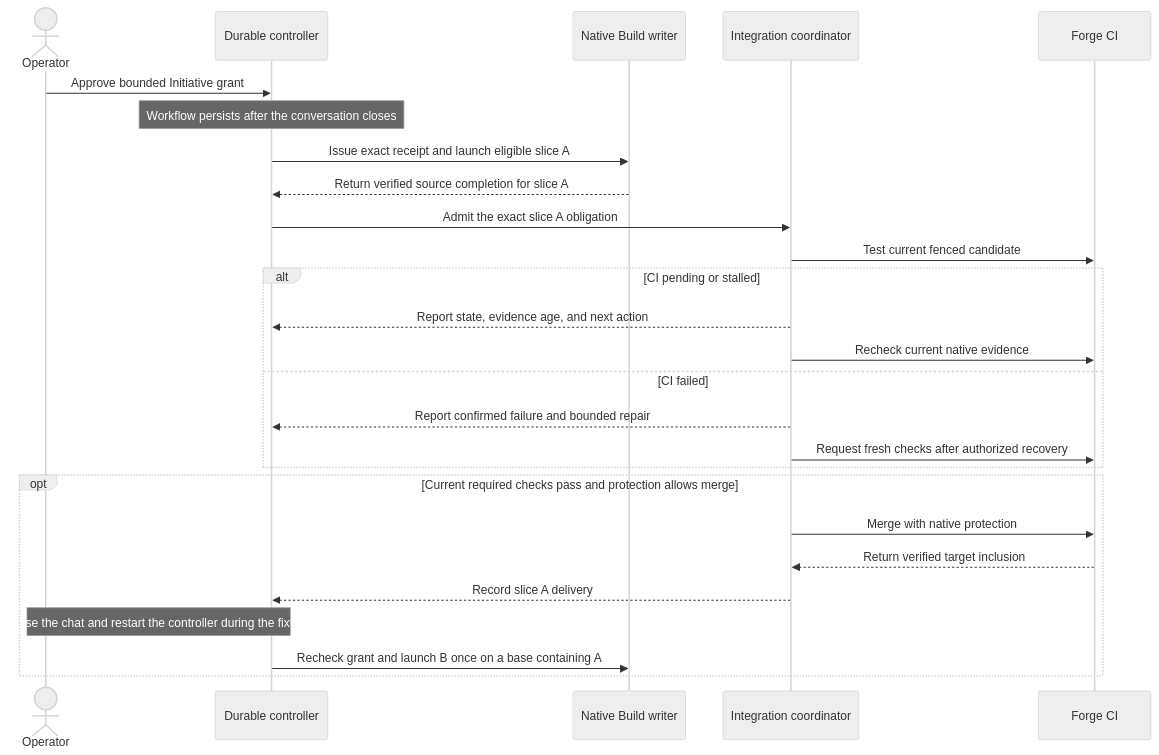
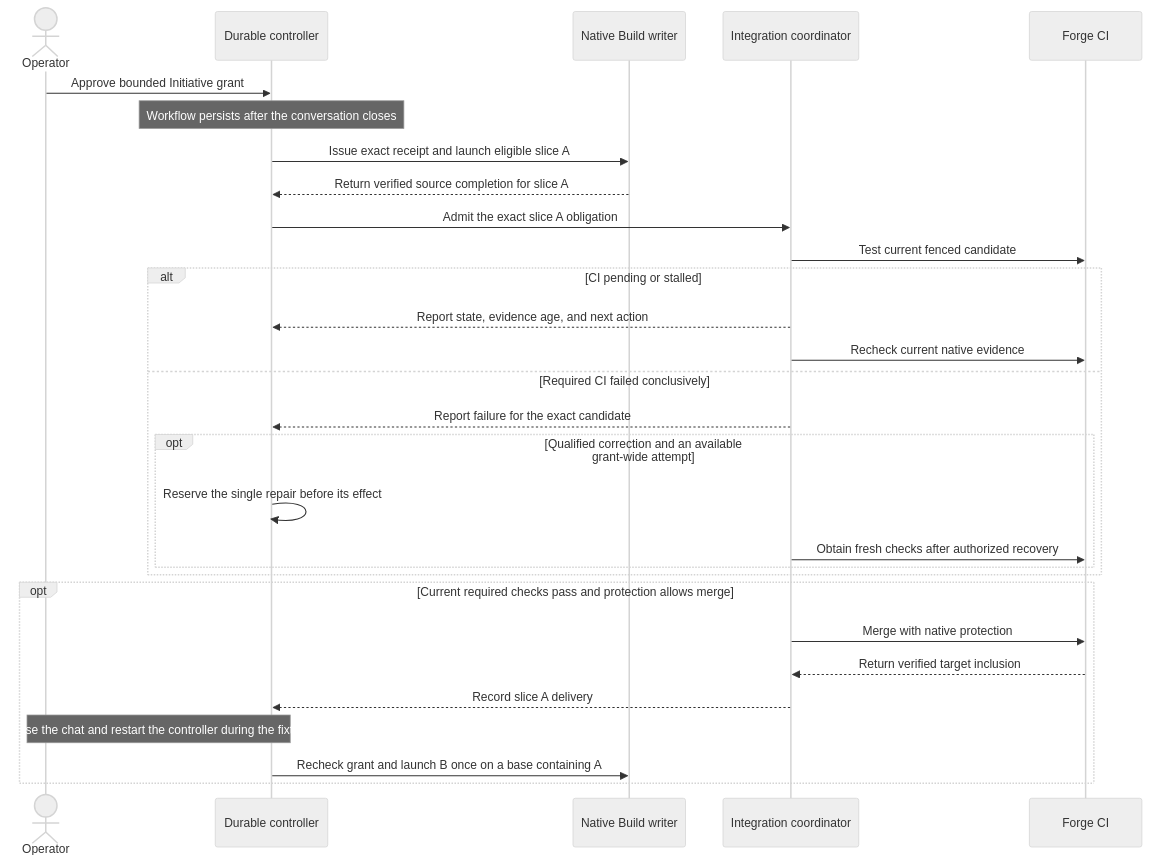
One commit to Saltiola7/dotfiles-ai changed the second of 2 diagrams in docs/initiatives/dbsctr-auto-forge-parity/INITIATIVE-AUTO.md. Above: the diagram before and after it, drawn with Mermaid (neutral theme). The commit also changed other lines of this file and 2 other files, not shown here.

````diff
--- a/docs/initiatives/dbsctr-auto-forge-parity/INITIATIVE-AUTO.md
+++ b/docs/initiatives/dbsctr-auto-forge-parity/INITIATIVE-AUTO.md
@@ -171,30 +191,33 @@
 ```mermaid
 sequenceDiagram
     accTitle: Dependency continuation across native CI
     accDescr: After one reviewed grant, the controller launches a ready slice, waits for integration receipts, reconciles recoverable CI, and launches the dependent slice after verified inclusion.
     actor O as Operator
     participant C as Durable controller
     participant W as Native Build writer
     participant I as Integration coordinator
     participant F as Forge CI
     O->>C: Approve bounded Initiative grant
     Note over C: Workflow persists after the conversation closes
     C->>W: Issue exact receipt and launch eligible slice A
     W-->>C: Return verified source completion for slice A
     C->>I: Admit the exact slice A obligation
     I->>F: Test current fenced candidate
     alt CI pending or stalled
         I-->>C: Report state, evidence age, and next action
         I->>F: Recheck current native evidence
-    else CI failed
-        I-->>C: Report confirmed failure and bounded repair
-        I->>F: Request fresh checks after authorized recovery
+    else Required CI failed conclusively
+        I-->>C: Report failure for the exact candidate
+        opt Qualified correction and an available grant-wide attempt
+            C->>C: Reserve the single repair before its effect
+            I->>F: Obtain fresh checks after authorized recovery
+        end
     end
     opt Current required checks pass and protection allows merge
         I->>F: Merge with native protection
         F-->>I: Return verified target inclusion
         I-->>C: Record slice A delivery
         Note over O,C: Close the chat and restart the controller during the fixture
         C->>W: Recheck grant and launch B once on a base containing A
     end
 ```
````
